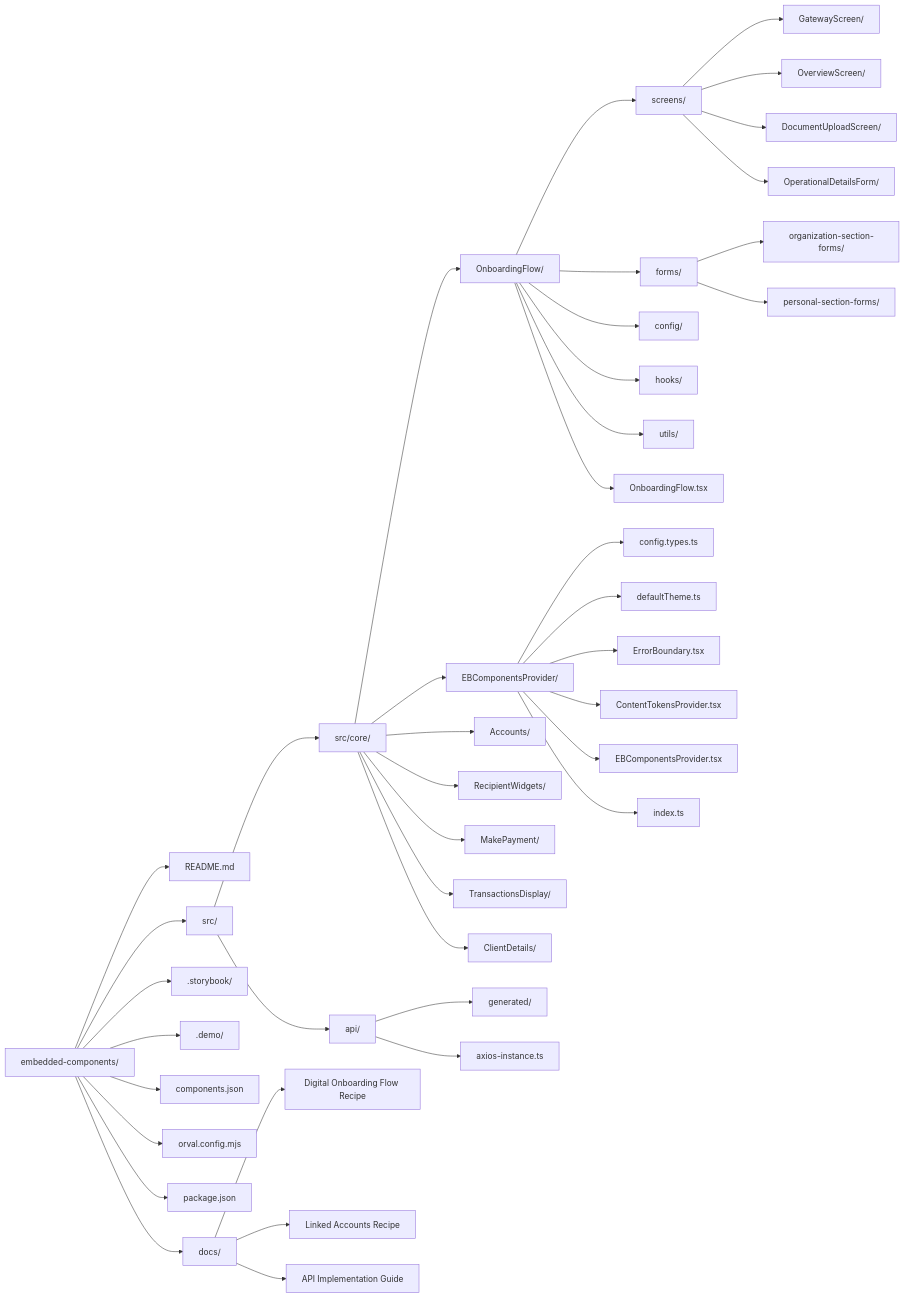
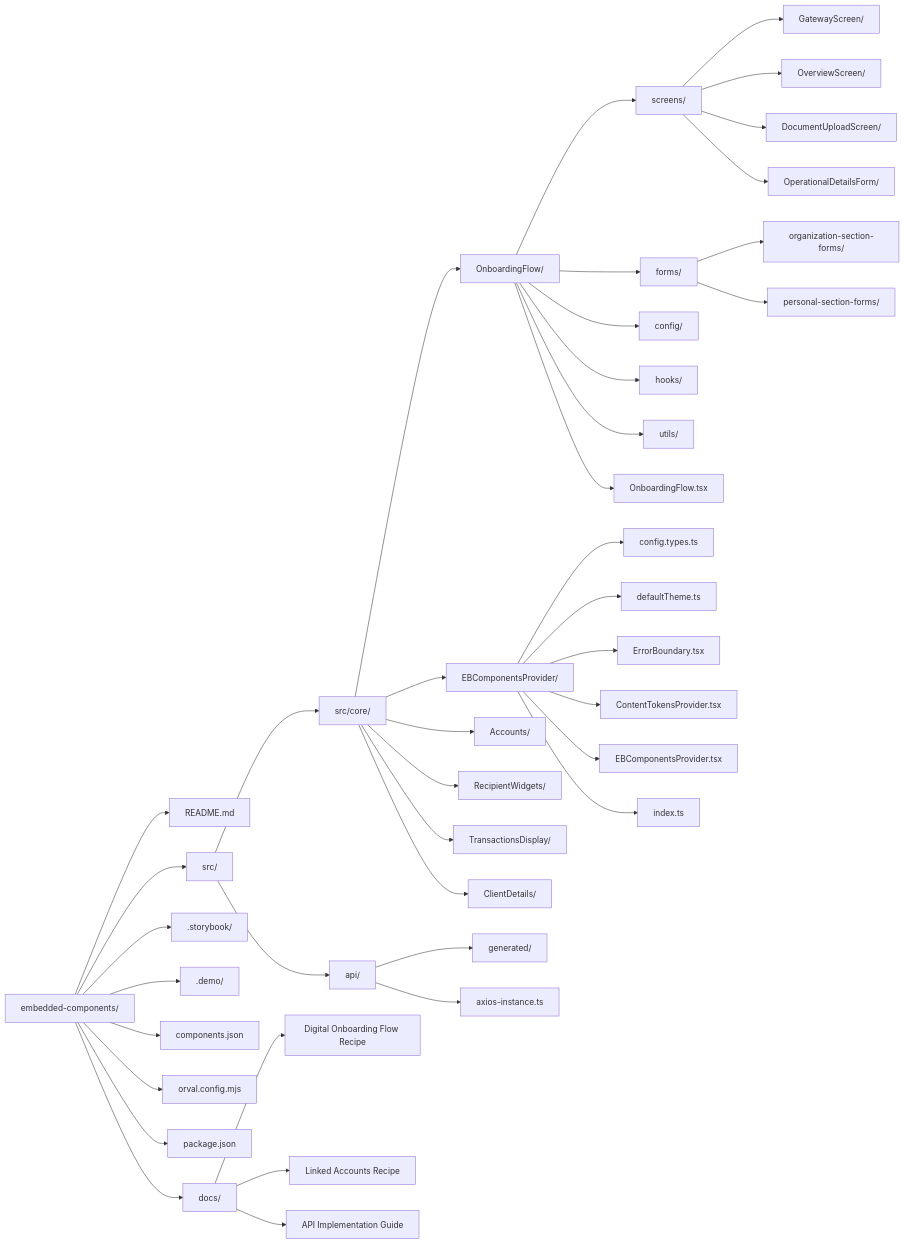
The diagram in embedded-components/COMPONENTS_DIAGRAM.md (jpmorgan-payments/embedded-finance), drawn with Mermaid before and after one commit. The commit also changed other lines of this file and 66 other files, not shown here.

Commit message:
refactor!: removed legacy MakePayment component

````diff
--- a/embedded-components/COMPONENTS_DIAGRAM.md
+++ b/embedded-components/COMPONENTS_DIAGRAM.md
@@ -5,61 +5,60 @@
 ```mermaid
 graph LR;
     %% Root Structure
     A[embedded-components/] --> B[README.md]
     A --> C[src/]
     A --> G[.storybook/]
     A --> J[.demo/]
     A --> M[components.json]
     A --> N[orval.config.mjs]
     A --> O[package.json]
     A --> P[docs/]
 
     %% Core Components
     C --> CORE[src/core/]
 
     %% OnboardingFlow Structure
     CORE --> OF[OnboardingFlow/]
     OF --> OF1[screens/]
     OF --> OF2[forms/]
     OF --> OF3[config/]
     OF --> OF4[hooks/]
     OF --> OF5[utils/]
     OF --> OF6[OnboardingFlow.tsx]
 
     %% Screen Structure
     OF1 --> SCR1[GatewayScreen/]
     OF1 --> SCR2[OverviewScreen/]
     OF1 --> SCR3[DocumentUploadScreen/]
     OF1 --> SCR4[OperationalDetailsForm/]
 
     %% Forms Structure
     OF2 --> FRM1[organization-section-forms/]
     OF2 --> FRM2[personal-section-forms/]
 
     %% EBComponentsProvider Structure
     CORE --> ECP[EBComponentsProvider/]
     ECP --> ECP1[config.types.ts]
     ECP --> ECP2[defaultTheme.ts]
     ECP --> ECP3[ErrorBoundary.tsx]
     ECP --> ECP4[ContentTokensProvider.tsx]
     ECP --> ECP5[EBComponentsProvider.tsx]
     ECP --> ECP6[index.ts]
 
     %% Other Core Components
     CORE --> ACC[Accounts/]
     CORE --> RW[RecipientWidgets/]
-    CORE --> MP[MakePayment/]
     CORE --> TD[TransactionsDisplay/]
     CORE --> CD[ClientDetails/]
 
     %% API Layer
     C --> D[api/]
     D --> E[generated/]
     D --> F[axios-instance.ts]
 
     %% Documentation
     P --> DOC1[Digital Onboarding Flow Recipe]
     P --> DOC2[Linked Accounts Recipe]
     P --> DOC3[API Implementation Guide]
 
 ```
````
